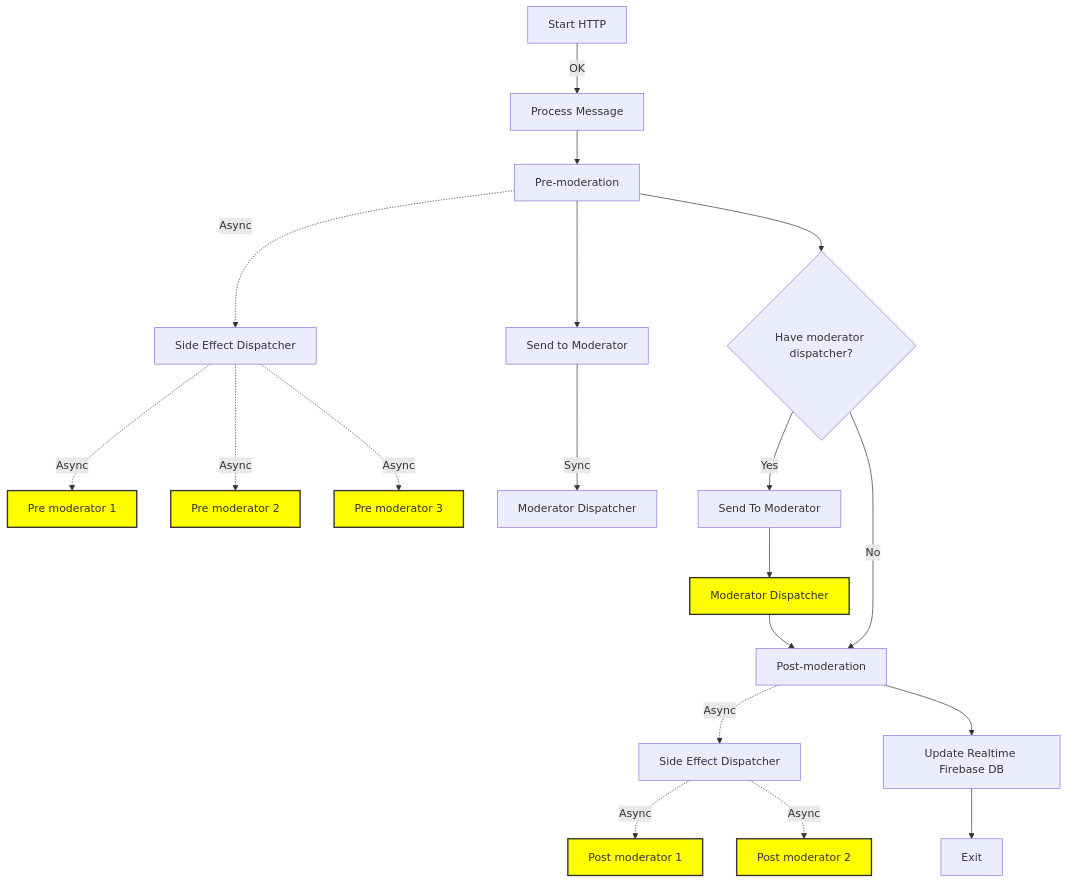
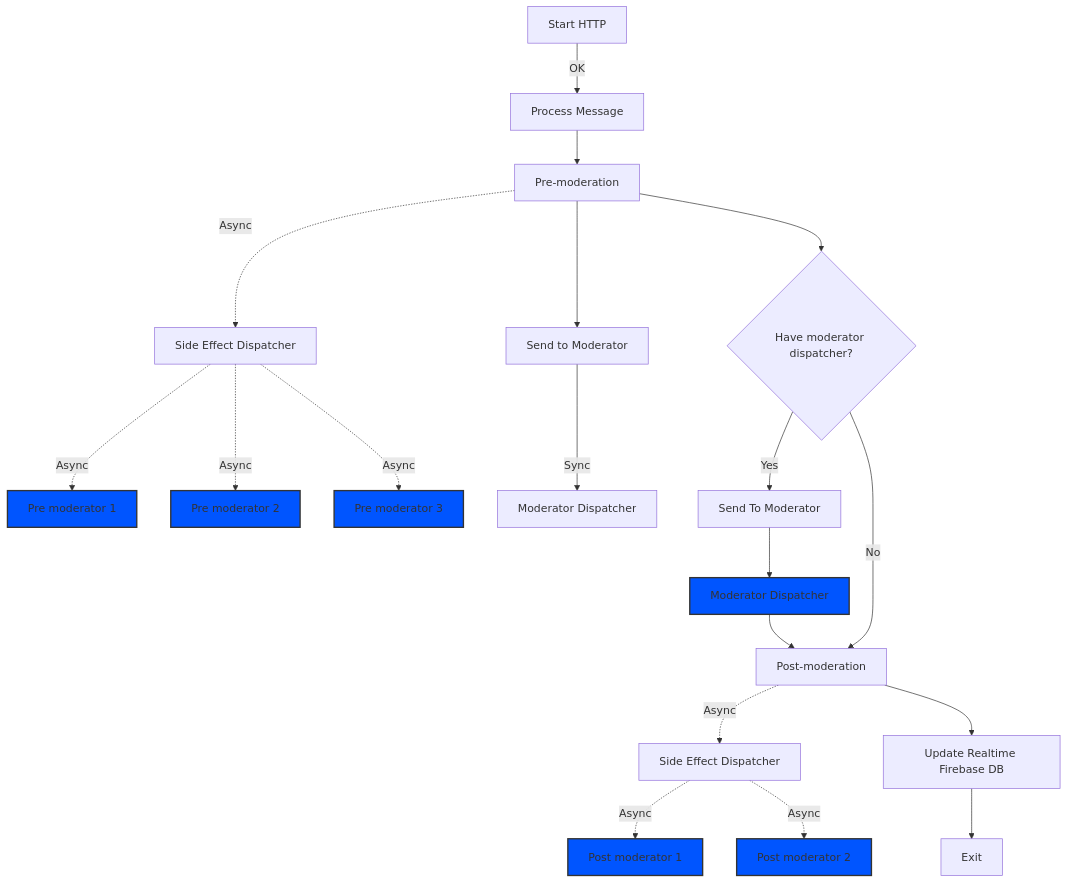
The diagram in README.md (oudaykhaled/chat-service), drawn with Mermaid before and after one commit.

````diff
--- a/README.md
+++ b/README.md
@@ -63,24 +63,24 @@
 ```mermaid
 graph TD
   A[Start HTTP] -->|OK| B[Process Message]
   B --> E[Pre-moderation]
   E -.->|Async| C[Side Effect Dispatcher]
   C -.->|Async| D1[Pre moderator 1]
   C -.->|Async| D2[Pre moderator 2]
   C -.->|Async| D3[Pre moderator 3]
   E --> F[Send to Moderator]
   F -->|Sync| G[Moderator Dispatcher]
   E --> X{Have moderator dispatcher?}
   X -->|Yes| H[Send To Moderator]
   H --> I[Moderator Dispatcher]
   I --> J[Post-moderation]
   X -->|No| J[Post-moderation]
   J -.->|Async| K[Side Effect Dispatcher]
   K -.->|Async| L[Post moderator 1]
   K -.->|Async| M[Post moderator 2]
   J --> N[Update Realtime Firebase DB]
   N --> O[Exit]
 
-  classDef async fill:#ff0,stroke:#333,stroke-width:2px;
+  classDef async fill:#05f,stroke:#333,stroke-width:2px;
   class I,D1,D2,D3,L,M async;
 ```
````
